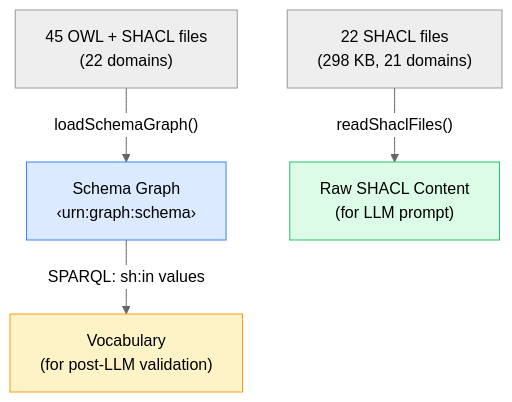
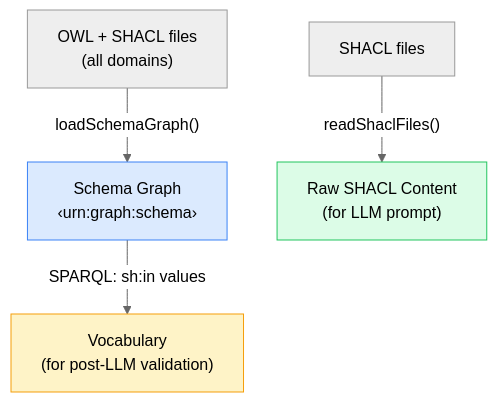
The second of 3 diagrams in apps/docs/query-flow.md (ASCS-eV/ontology-based-nl-search), drawn with Mermaid (neutral theme) before and after one commit. The commit also changed other lines of this file and 9 other files, not shown here.

First line of the commit message:
docs: rework architecture docs for ontology-agnostic design

````diff
--- a/apps/docs/query-flow.md
+++ b/apps/docs/query-flow.md
@@ -26,10 +29,10 @@
 ```mermaid
 graph TD
-    TTL["45 OWL + SHACL files<br/>(22 domains)"] -->|"loadSchemaGraph()"| SG["Schema Graph<br/>‹urn:graph:schema›"]
-    SHACL["22 SHACL files<br/>(298 KB, 21 domains)"] -->|"readShaclFiles()"| RAW["Raw SHACL Content<br/>(for LLM prompt)"]
+    TTL["OWL + SHACL files<br/>(all domains)"] -->|"loadSchemaGraph()"| SG["Schema Graph<br/>‹urn:graph:schema›"]
+    SHACL["SHACL files"] -->|"readShaclFiles()"| RAW["Raw SHACL Content<br/>(for LLM prompt)"]
     SG -->|"SPARQL: sh:in values"| VOCAB["Vocabulary<br/>(for post-LLM validation)"]
 
     style SG fill:#dbeafe,stroke:#3b82f6
     style RAW fill:#dcfce7,stroke:#22c55e
     style VOCAB fill:#fef3c7,stroke:#f59e0b
 ```
````
